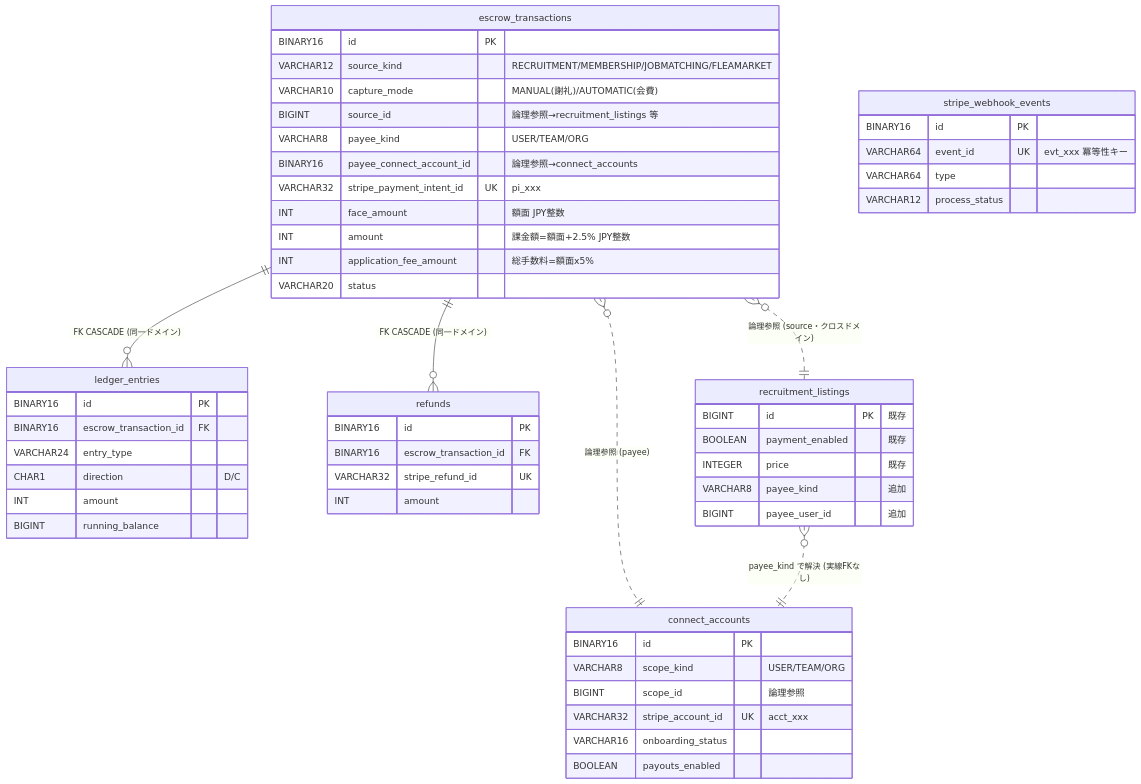
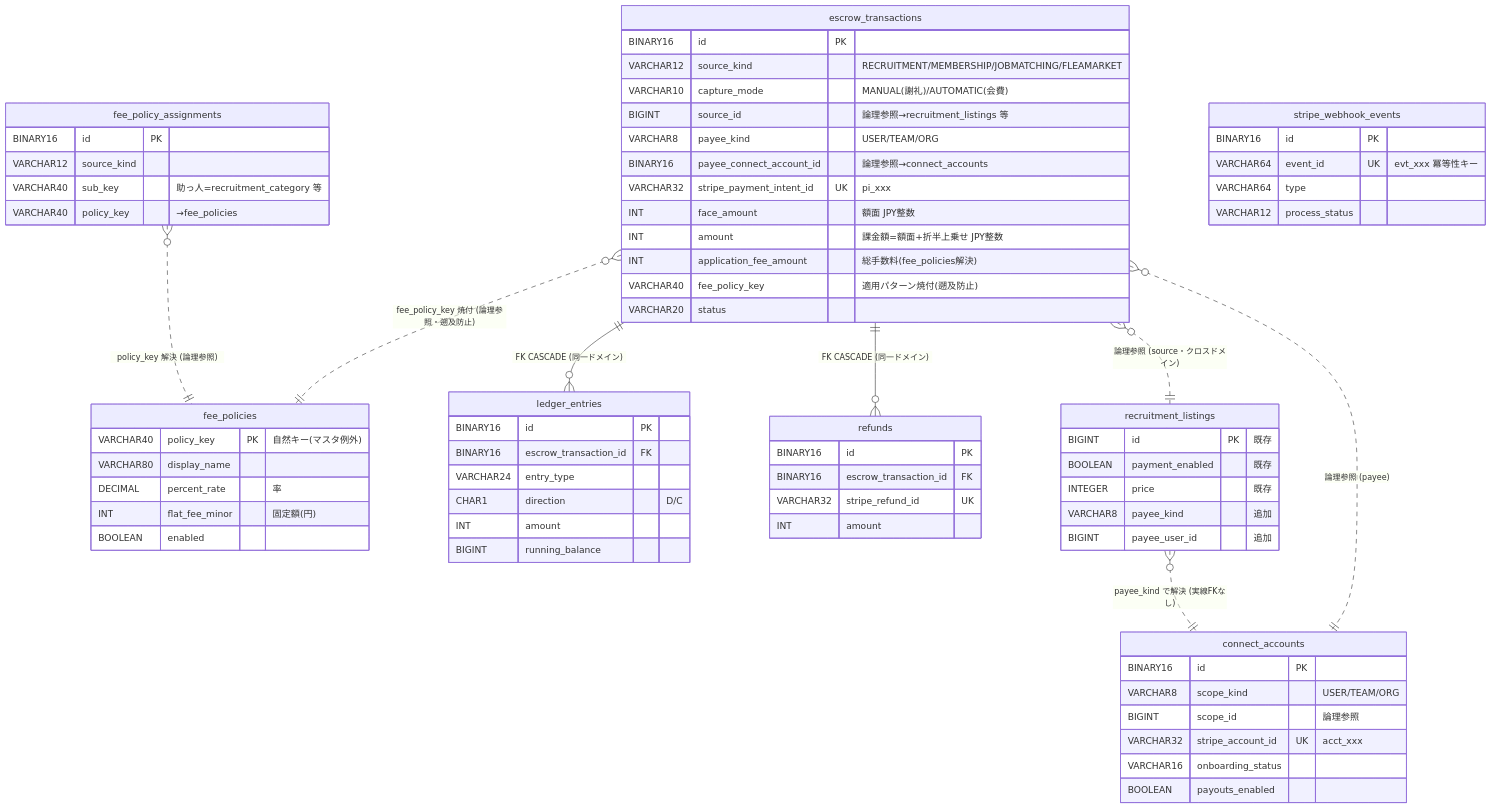
One commit to kenta-0420/mannschaft changed the diagram in docs/features/F22.1_market/payment/01_data_model.md. Above: the diagram before and after it, drawn with Mermaid. The commit also changed other lines of this file and 10 other files, not shown here.

````diff
--- a/docs/features/F22.1_market/payment/01_data_model.md
+++ b/docs/features/F22.1_market/payment/01_data_model.md
@@ -291,57 +350,73 @@
 ```mermaid
 erDiagram
     connect_accounts {
         BINARY16 id PK
         VARCHAR8 scope_kind "USER/TEAM/ORG"
         BIGINT scope_id "論理参照"
         VARCHAR32 stripe_account_id UK "acct_xxx"
         VARCHAR16 onboarding_status
         BOOLEAN payouts_enabled
     }
     escrow_transactions {
         BINARY16 id PK
         VARCHAR12 source_kind "RECRUITMENT/MEMBERSHIP/JOBMATCHING/FLEAMARKET"
         VARCHAR10 capture_mode "MANUAL(謝礼)/AUTOMATIC(会費)"
         BIGINT source_id "論理参照→recruitment_listings 等"
         VARCHAR8 payee_kind "USER/TEAM/ORG"
         BINARY16 payee_connect_account_id "論理参照→connect_accounts"
         VARCHAR32 stripe_payment_intent_id UK "pi_xxx"
         INT face_amount "額面 JPY整数"
-        INT amount "課金額=額面+2.5% JPY整数"
-        INT application_fee_amount "総手数料=額面x5%"
+        INT amount "課金額=額面+折半上乗せ JPY整数"
+        INT application_fee_amount "総手数料(fee_policies解決)"
+        VARCHAR40 fee_policy_key "適用パターン焼付(遡及防止)"
         VARCHAR20 status
+    }
+    fee_policies {
+        VARCHAR40 policy_key PK "自然キー(マスタ例外)"
+        VARCHAR80 display_name
+        DECIMAL percent_rate "率"
+        INT flat_fee_minor "固定額(円)"
+        BOOLEAN enabled
+    }
+    fee_policy_assignments {
+        BINARY16 id PK
+        VARCHAR12 source_kind
+        VARCHAR40 sub_key "助っ人=recruitment_category 等"
+        VARCHAR40 policy_key "→fee_policies"
     }
     ledger_entries {
         BINARY16 id PK
         BINARY16 escrow_transaction_id FK
         VARCHAR24 entry_type
         CHAR1 direction "D/C"
         INT amount
         BIGINT running_balance
     }
     refunds {
         BINARY16 id PK
         BINARY16 escrow_transaction_id FK
         VARCHAR32 stripe_refund_id UK
         INT amount
     }
     stripe_webhook_events {
         BINARY16 id PK
         VARCHAR64 event_id UK "evt_xxx 冪等性キー"
         VARCHAR64 type
         VARCHAR12 process_status
     }
     recruitment_listings {
         BIGINT id PK "既存"
         BOOLEAN payment_enabled "既存"
         INTEGER price "既存"
         VARCHAR8 payee_kind "追加"
         BIGINT payee_user_id "追加"
     }
 
     escrow_transactions ||--o{ ledger_entries : "FK CASCADE (同一ドメイン)"
     escrow_transactions ||--o{ refunds : "FK CASCADE (同一ドメイン)"
     escrow_transactions }o..|| connect_accounts : "論理参照 (payee)"
     escrow_transactions }o..|| recruitment_listings : "論理参照 (source・クロスドメイン)"
+    escrow_transactions }o..|| fee_policies : "fee_policy_key 焼付 (論理参照・遡及防止)"
+    fee_policy_assignments }o..|| fee_policies : "policy_key 解決 (論理参照)"
     recruitment_listings }o..|| connect_accounts : "payee_kind で解決 (実線FKなし)"
 ```
````
